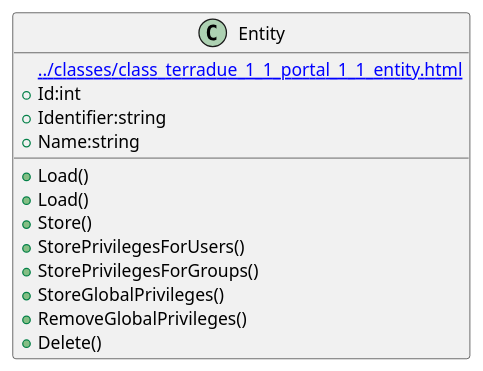
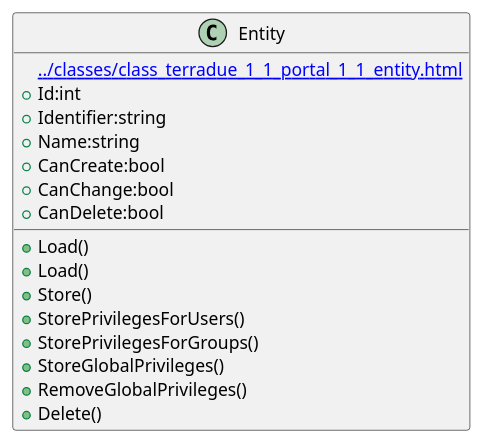
One commit to urban-tep/DDF-SDD changed the diagram in source/classes/class_terradue_1_1_portal_1_1_entity.iuml. Above: the diagram before and after it, drawn with PlantUML. The commit also changed 2 other files, not shown here.

```diff
--- a/source/classes/class_terradue_1_1_portal_1_1_entity.iuml
+++ b/source/classes/class_terradue_1_1_portal_1_1_entity.iuml
@@ -1,16 +1,19 @@
 @startuml
 class Entity {
 [[../classes/class_terradue_1_1_portal_1_1_entity.html]]
  +Id:int
  +Identifier:string
  +Name:string
+ +CanCreate:bool
+ +CanChange:bool
+ +CanDelete:bool
  +Load()
  +Load()
  +Store()
  +StorePrivilegesForUsers()
  +StorePrivilegesForGroups()
  +StoreGlobalPrivileges()
  +RemoveGlobalPrivileges()
  +Delete()
 }
 @enduml
```
